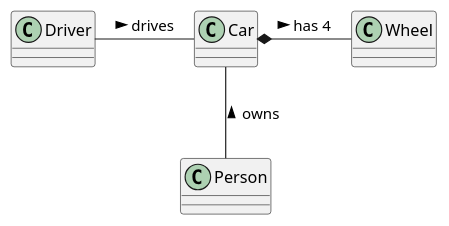
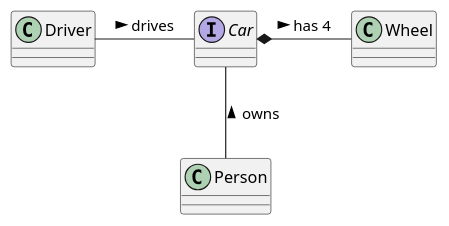
One commit to huland/logseq-notes changed the third of 3 diagrams in pages/Robert C. Martin - Clean Architecture A Craftsman's Guide to Software Structure and Design.md. Above: the diagram before and after it, drawn with PlantUML.

Commit message:
Auto saved by Logseq

```diff
--- a/pages/Robert C. Martin - Clean Architecture A Craftsman's Guide to Software Structure and Design.md
+++ b/pages/Robert C. Martin - Clean Architecture A Craftsman's Guide to Software Structure and Design.md
@@ -204,8 +204,8 @@
 				  @startuml
-				  class Car
+				  interface Car
 				  
 				  Driver - Car : drives >
 				  Car *- Wheel : has 4 >
 				  Car -- Person : < owns
 				  
 				  @enduml
```
